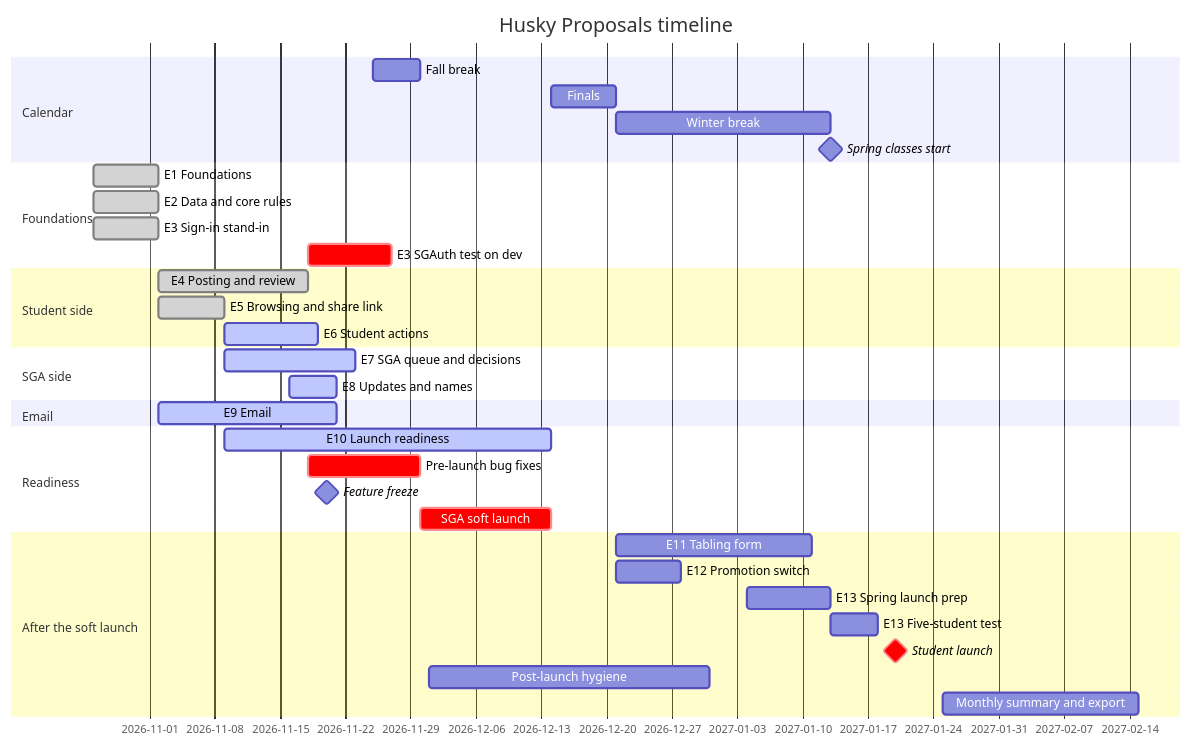
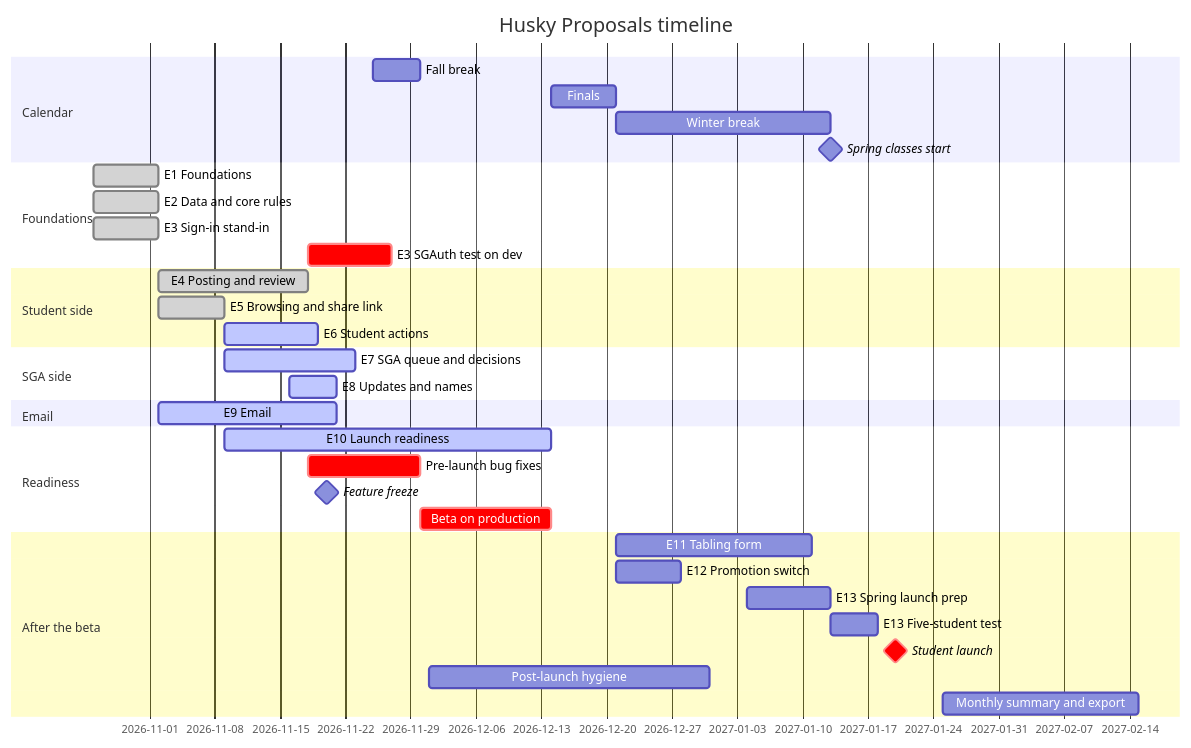
Before and after one commit to SGAOperationalAffairs/husky-proposals: the diagram in docs/timeline.md, drawn with Mermaid. The commit also changed other lines of this file, not shown here.

Commit message:
#22 timeline: the beta runs on production from main as v0.9.0

````diff
--- a/docs/timeline.md
+++ b/docs/timeline.md
@@ -51,37 +56,37 @@
 ```mermaid
 gantt
     title Husky Proposals timeline
     dateFormat YYYY-MM-DD
     section Calendar
     Fall break                    :2026-11-25, 5d
     Finals                        :2026-12-14, 7d
     Winter break                  :2026-12-21, 23d
     Spring classes start          :milestone, 2027-01-13, 0d
     section Foundations
     E1 Foundations                :done, e1, 2026-10-26, 7d
     E2 Data and core rules        :done, e2, 2026-10-26, 7d
     E3 Sign-in stand-in           :done, e3a, 2026-10-26, 7d
     E3 SGAuth test on dev         :crit, e3t, 2026-11-18, 9d
     section Student side
     E4 Posting and review         :done, e4, 2026-11-02, 16d
     E5 Browsing and share link    :done, e5, 2026-11-02, 7d
     E6 Student actions            :active, e6, 2026-11-09, 10d
     section SGA side
     E7 SGA queue and decisions    :active, e7, 2026-11-09, 14d
     E8 Updates and names          :active, e8, 2026-11-16, 5d
     section Email
     E9 Email                      :active, e9, 2026-11-02, 19d
     section Readiness
     E10 Launch readiness          :active, e10, 2026-11-09, 35d
     Pre-launch bug fixes          :crit, bugs, 2026-11-18, 12d
     Feature freeze                :milestone, 2026-11-20, 0d
-    SGA soft launch               :crit, soft, 2026-11-30, 14d
-    section After the soft launch
+    Beta on production              :crit, soft, 2026-11-30, 14d
+    section After the beta
     E11 Tabling form              :e11, 2026-12-21, 21d
     E12 Promotion switch          :e12, 2026-12-21, 7d
     E13 Spring launch prep        :e13, 2027-01-04, 9d
     E13 Five-student test         :e13t, 2027-01-13, 5d
     Student launch                :milestone, crit, 2027-01-20, 0d
     Post-launch hygiene           :hyg, 2026-12-01, 30d
     Monthly summary and export    :2027-01-25, 21d
 ```
````
